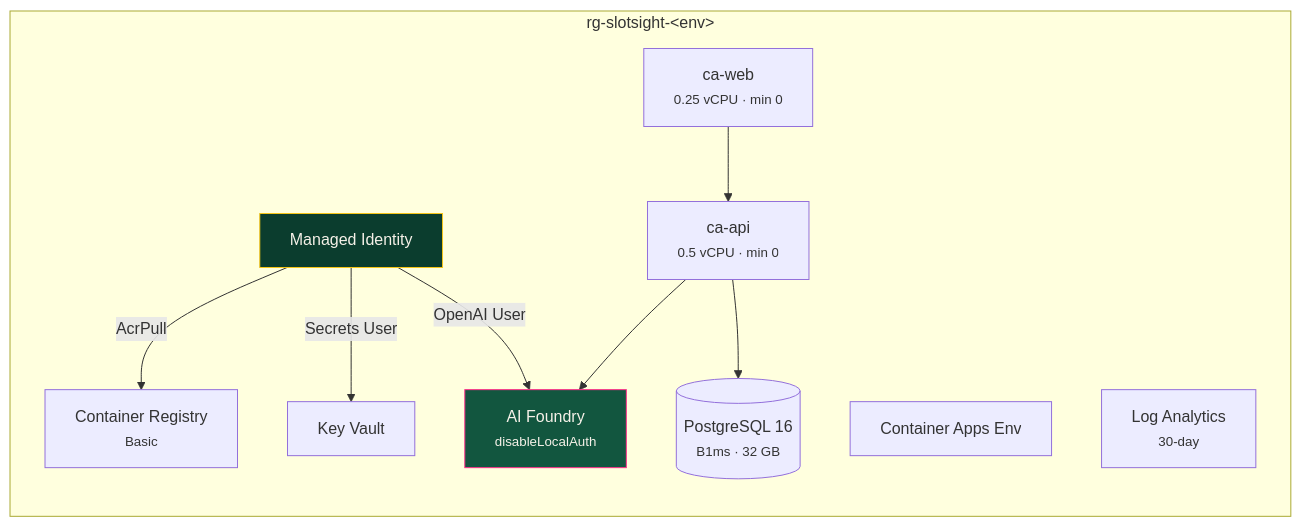
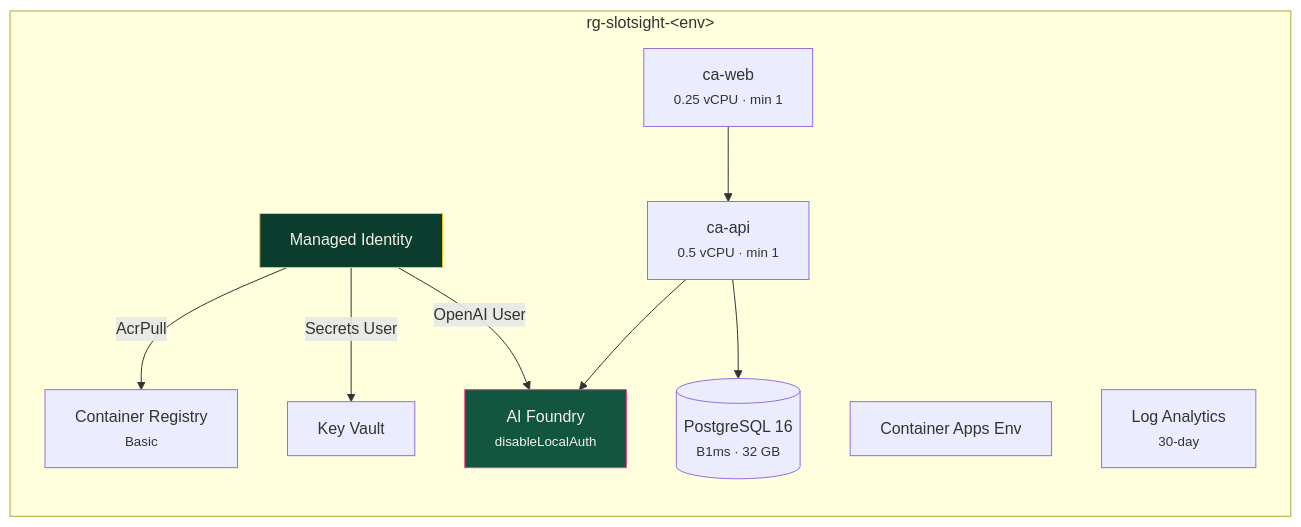
The diagram in docs/deploy-azure.md (fgarofalo56/demo-SlotSight), drawn with Mermaid before and after one commit. The commit also changed other lines of this file and 2 other files, not shown here.

````diff
--- a/docs/deploy-azure.md
+++ b/docs/deploy-azure.md
@@ -16,24 +16,24 @@
 ```mermaid
 flowchart LR
     subgraph rg["rg-slotsight-&lt;env&gt;"]
         MI["Managed Identity"]
         ACR["Container Registry<br/><small>Basic</small>"]
         CAE["Container Apps Env"]
-        API["ca-api<br/><small>0.5 vCPU · min 0</small>"]
-        WEB["ca-web<br/><small>0.25 vCPU · min 0</small>"]
+        API["ca-api<br/><small>0.5 vCPU · min 1</small>"]
+        WEB["ca-web<br/><small>0.25 vCPU · min 1</small>"]
         PG[("PostgreSQL 16<br/><small>B1ms · 32 GB</small>")]
         KV["Key Vault"]
         AIF["AI Foundry<br/><small>disableLocalAuth</small>"]
         LAW["Log Analytics<br/><small>30-day</small>"]
     end
 
     MI -->|AcrPull| ACR
     MI -->|Secrets User| KV
     MI -->|OpenAI User| AIF
     API --> PG
     API --> AIF
     WEB --> API
 
     style MI fill:#0B3D2E,stroke:#F5C518,color:#F5F1E8
     style AIF fill:#12563F,stroke:#FF2E88,color:#F5F1E8
 ```
````
